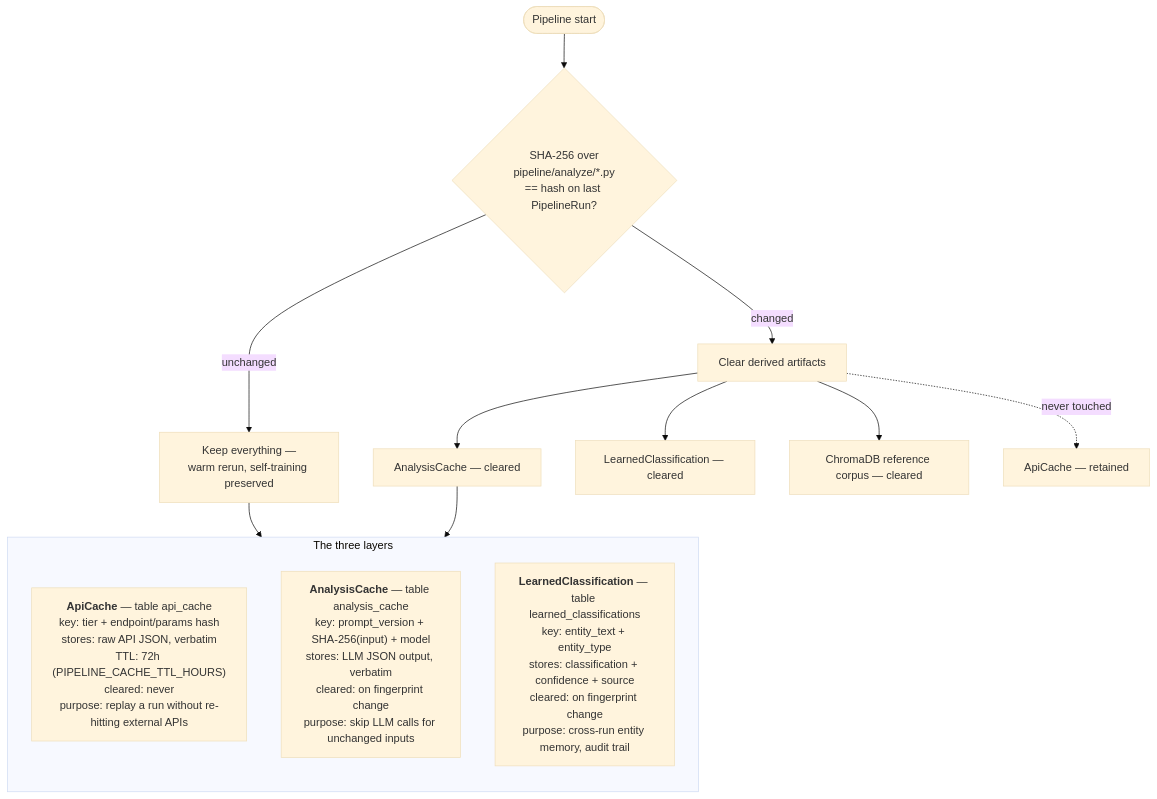
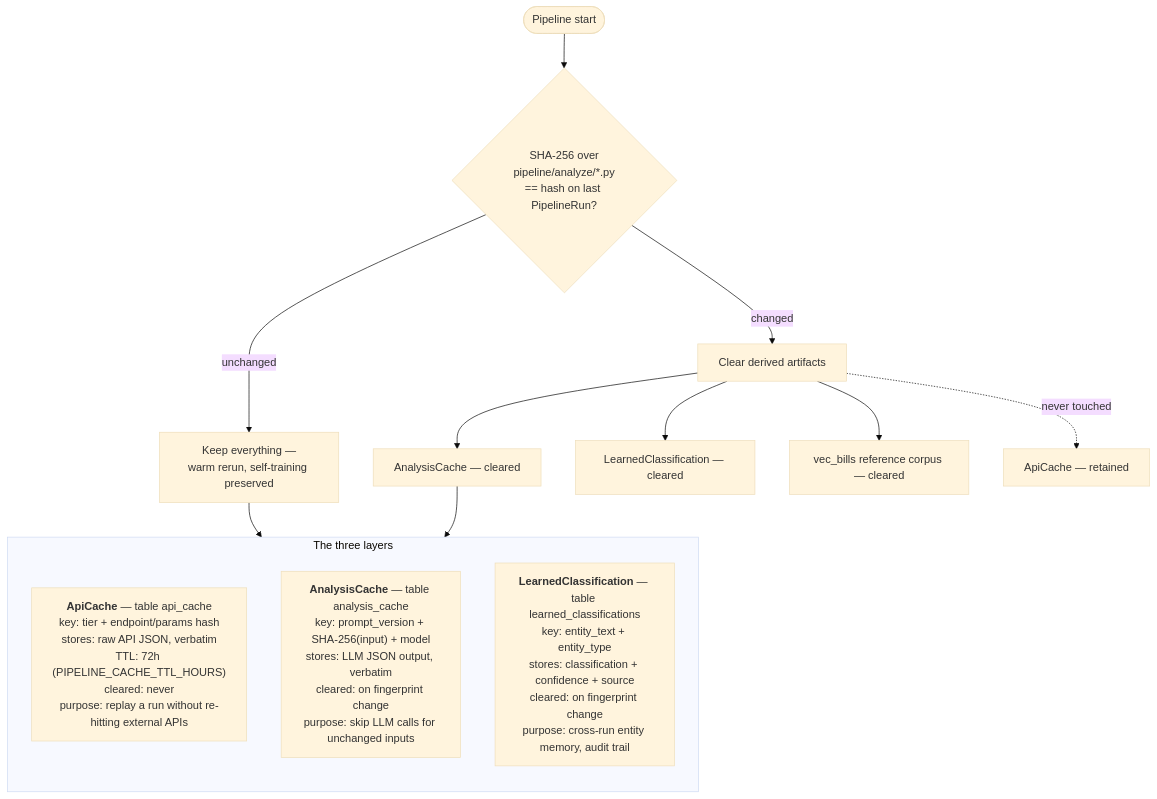
Before and after one commit to kamoras/civitas: the diagram in docs/diagrams/06-caching.md, drawn with Mermaid (base theme). The commit also changed 10 other files, not shown here.

````diff
--- a/docs/diagrams/06-caching.md
+++ b/docs/diagrams/06-caching.md
@@ -7,22 +7,22 @@
 ```mermaid
 flowchart TB
     RUN(["Pipeline start"]) --> FP{"SHA-256 over<br/>pipeline/analyze/*.py<br/>== hash on last PipelineRun?"}
 
     FP -->|"unchanged"| KEEP["Keep everything —<br/>warm rerun, self-training preserved"]
     FP -->|"changed"| PURGE["Clear derived artifacts"]
 
     PURGE --> X1["AnalysisCache — cleared"]
     PURGE --> X2["LearnedClassification — cleared"]
-    PURGE --> X3["ChromaDB reference corpus — cleared"]
+    PURGE --> X3["vec_bills reference corpus — cleared"]
     PURGE -.->|"never touched"| X4["ApiCache — retained"]
 
     subgraph CACHES["The three layers"]
         direction TB
         API["<b>ApiCache</b> — table api_cache<br/>key: tier + endpoint/params hash<br/>stores: raw API JSON, verbatim<br/>TTL: 72h (PIPELINE_CACHE_TTL_HOURS)<br/>cleared: never<br/>purpose: replay a run without re-hitting external APIs"]
         ANA["<b>AnalysisCache</b> — table analysis_cache<br/>key: prompt_version + SHA-256(input) + model<br/>stores: LLM JSON output, verbatim<br/>cleared: on fingerprint change<br/>purpose: skip LLM calls for unchanged inputs"]
         LEARN["<b>LearnedClassification</b> — table learned_classifications<br/>key: entity_text + entity_type<br/>stores: classification + confidence + source<br/>cleared: on fingerprint change<br/>purpose: cross-run entity memory, audit trail"]
     end
 
     KEEP --> CACHES
     X1 --> CACHES
 ```
````
